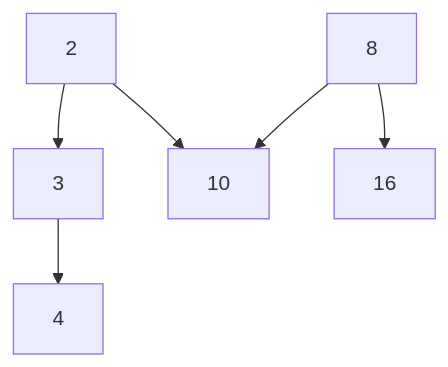
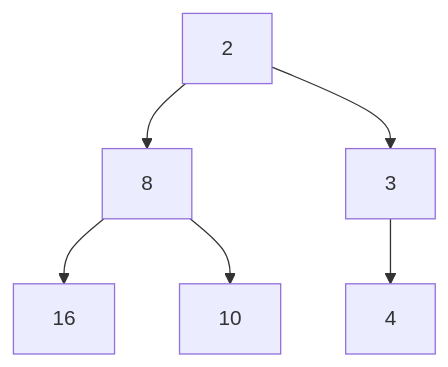
The sixth of 6 diagrams in README.md (jsalv/pqueue), drawn with Mermaid before and after one commit. The commit also changed other lines of this file, not shown here.

Commit message:
fixing graph

````diff
--- a/README.md
+++ b/README.md
@@ -140,9 +140,9 @@
 ```mermaid
 graph TD;
 
-2 --> 10;
+2 --> 8;
 2 --> 3;
 8 --> 16;
 8 --> 10;
 3 --> 4;
 ```
````
